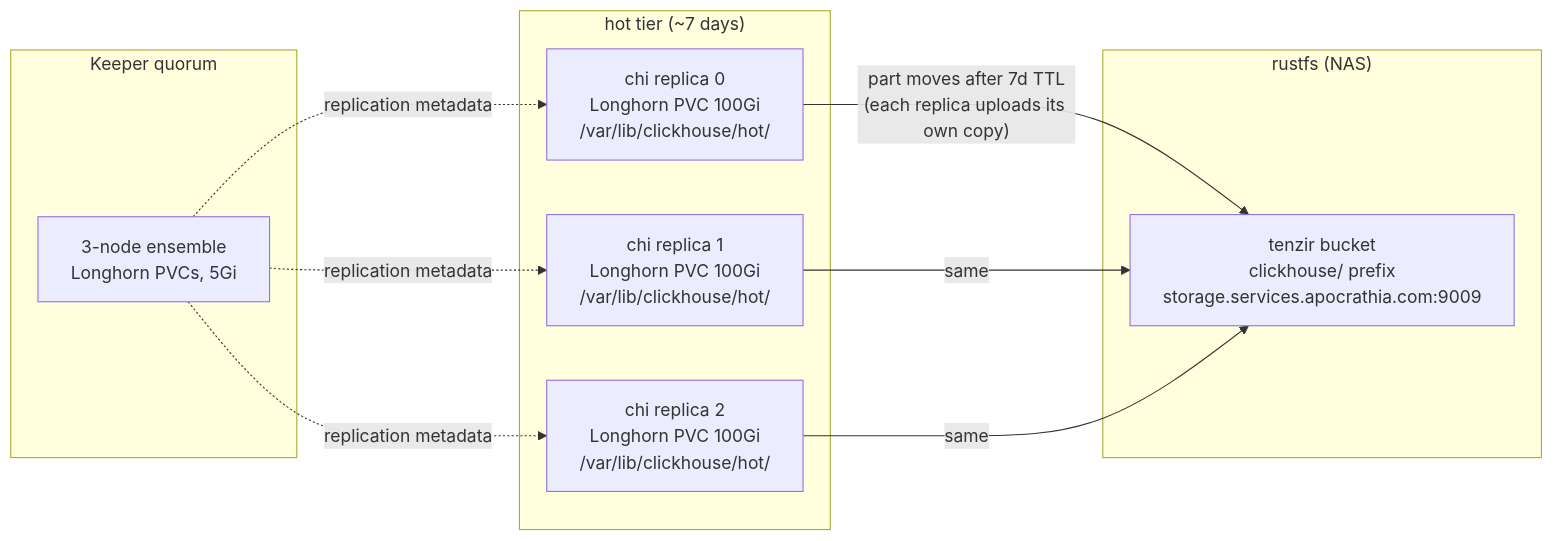
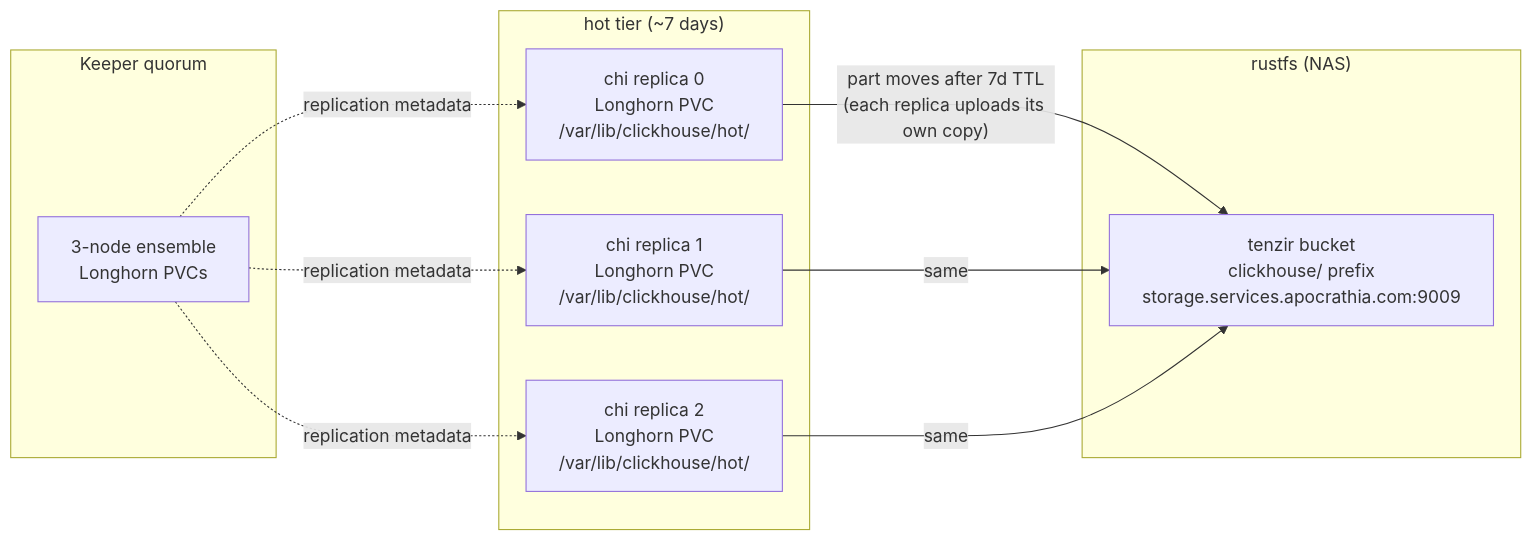
One commit to Apocrathia/homelab changed the second of 6 diagrams in flux/manifests/04-apps/security/tenzir/clickhouse/README.md. Above: the diagram before and after it, drawn with Mermaid. The commit also changed other lines of this file and 777 other files, not shown here.

````diff
--- a/flux/manifests/04-apps/security/tenzir/clickhouse/README.md
+++ b/flux/manifests/04-apps/security/tenzir/clickhouse/README.md
@@ -322,20 +318,20 @@
 ```mermaid
 flowchart LR
     subgraph HOT["hot tier (~7 days)"]
-        PVC0["chi replica 0<br/>Longhorn PVC 100Gi<br/>/var/lib/clickhouse/hot/"]
-        PVC1["chi replica 1<br/>Longhorn PVC 100Gi<br/>/var/lib/clickhouse/hot/"]
-        PVC2["chi replica 2<br/>Longhorn PVC 100Gi<br/>/var/lib/clickhouse/hot/"]
+        PVC0["chi replica 0<br/>Longhorn PVC<br/>/var/lib/clickhouse/hot/"]
+        PVC1["chi replica 1<br/>Longhorn PVC<br/>/var/lib/clickhouse/hot/"]
+        PVC2["chi replica 2<br/>Longhorn PVC<br/>/var/lib/clickhouse/hot/"]
     end
     subgraph KEEP["Keeper quorum"]
-        K["3-node ensemble<br/>Longhorn PVCs, 5Gi"]
+        K["3-node ensemble<br/>Longhorn PVCs"]
     end
     subgraph RUSTFS["rustfs (NAS)"]
         S3["tenzir bucket<br/>clickhouse/ prefix<br/>storage.services.apocrathia.com:9009"]
     end
     PVC0 -->|"part moves after 7d TTL<br/>(each replica uploads its own copy)"| S3
     PVC1 -->|"same"| S3
     PVC2 -->|"same"| S3
     K -.->|"replication metadata"| PVC0
     K -.->|"replication metadata"| PVC1
     K -.->|"replication metadata"| PVC2
 ```
````
